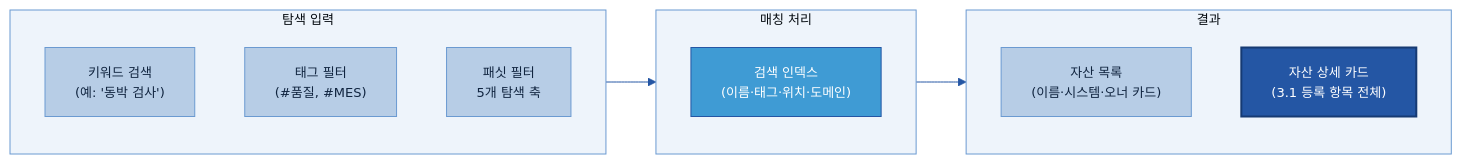
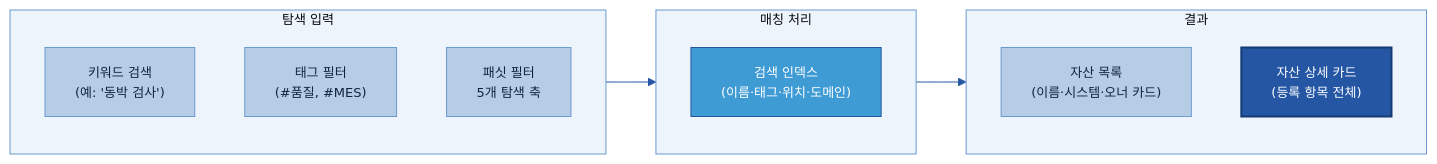
Before and after one commit to jin-kearney/ai-ready-data-manual: the fourth of 12 diagrams in 가이드 작성/A-1 데이터 카탈로그/A-1 데이터 카탈로그.md, drawn with Mermaid. The commit also changed other lines of this file and 6 other files, not shown here.

````diff
--- a/가이드 작성/A-1 데이터 카탈로그/A-1 데이터 카탈로그.md
+++ b/가이드 작성/A-1 데이터 카탈로그/A-1 데이터 카탈로그.md
@@ -363,20 +231,20 @@
 ```mermaid
 %%{init: {'theme':'base','themeVariables':{'primaryColor':'#DCE8F5','primaryBorderColor':'#2456A4','primaryTextColor':'#10243f','lineColor':'#2456A4','clusterBkg':'#EEF4FB','clusterBorder':'#6B9AD1','fontSize':'13px'}}}%%
 flowchart LR
     subgraph INPUT["탐색 입력"]
         KW["키워드 검색<br/>(예: '동박 검사')"]:::n
         TAG["태그 필터<br/>(#품질, #MES)"]:::n
         FACET["패싯 필터<br/>5개 탐색 축"]:::n
     end
     subgraph PROC["매칭 처리"]
         IDX["검색 인덱스<br/>(이름·태그·위치·도메인)"]:::gate
     end
     subgraph OUT["결과"]
         LIST["자산 목록<br/>(이름·시스템·오너 카드)"]:::n
-        CARD["자산 상세 카드<br/>(3.1 등록 항목 전체)"]:::cat
+        CARD["자산 상세 카드<br/>(등록 항목 전체)"]:::cat
     end
     INPUT --> PROC --> OUT
     classDef n fill:#B7CDE6,stroke:#6B9AD1,color:#10243f;
     classDef cat fill:#2456A4,color:#fff,stroke:#163a73,stroke-width:2px;
     classDef gate fill:#3F9BD4,stroke:#2456A4,color:#fff;
 ```
````
